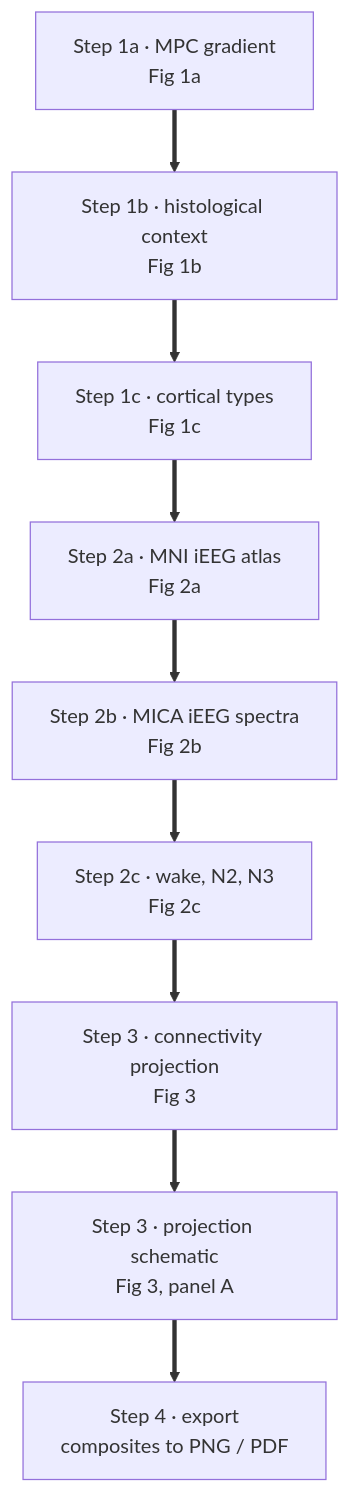
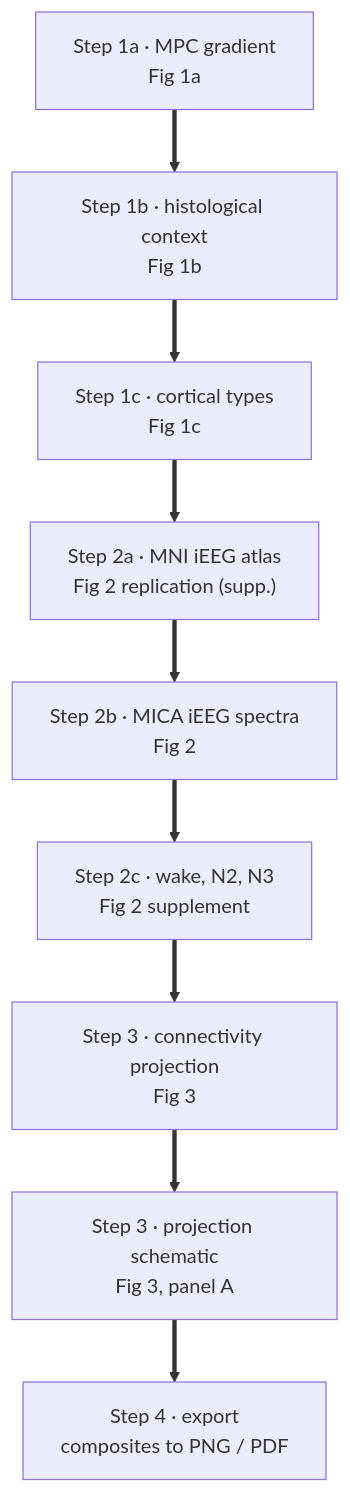
Before and after one commit to PaulBautin/salience-network-multiscale-switch: the third of 7 diagrams in docs/architecture.md, drawn with Mermaid. The commit also changed other lines of this file and 122 other files, not shown here.

Commit message:
every figure is updated, the docs are updated

````diff
--- a/docs/architecture.md
+++ b/docs/architecture.md
@@ -91,13 +99,13 @@
 ```mermaid
 flowchart TD
     s1a["Step 1a · MPC gradient<br/>Fig 1a"]
     s1b["Step 1b · histological context<br/>Fig 1b"]
     s1c["Step 1c · cortical types<br/>Fig 1c"]
-    s2a["Step 2a · MNI iEEG atlas<br/>Fig 2a"]
-    s2b["Step 2b · MICA iEEG spectra<br/>Fig 2b"]
-    s2c["Step 2c · wake, N2, N3<br/>Fig 2c"]
+    s2a["Step 2a · MNI iEEG atlas<br/>Fig 2 replication (supp.)"]
+    s2b["Step 2b · MICA iEEG spectra<br/>Fig 2"]
+    s2c["Step 2c · wake, N2, N3<br/>Fig 2 supplement"]
     s3["Step 3 · connectivity projection<br/>Fig 3"]
     s3s["Step 3 · projection schematic<br/>Fig 3, panel A"]
     s4["Step 4 · export<br/>composites to PNG / PDF"]
     s1a ==> s1b ==> s1c ==> s2a ==> s2b ==> s2c ==> s3 ==> s3s ==> s4
 ```
````
